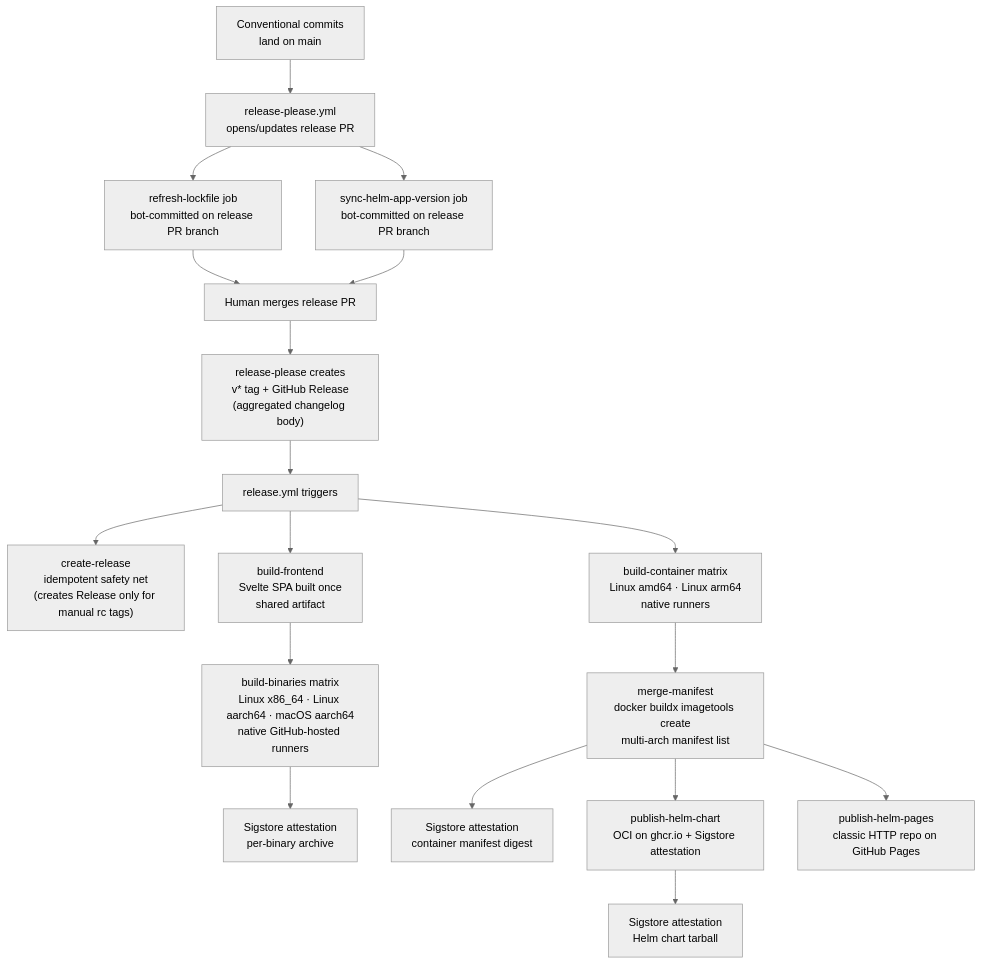
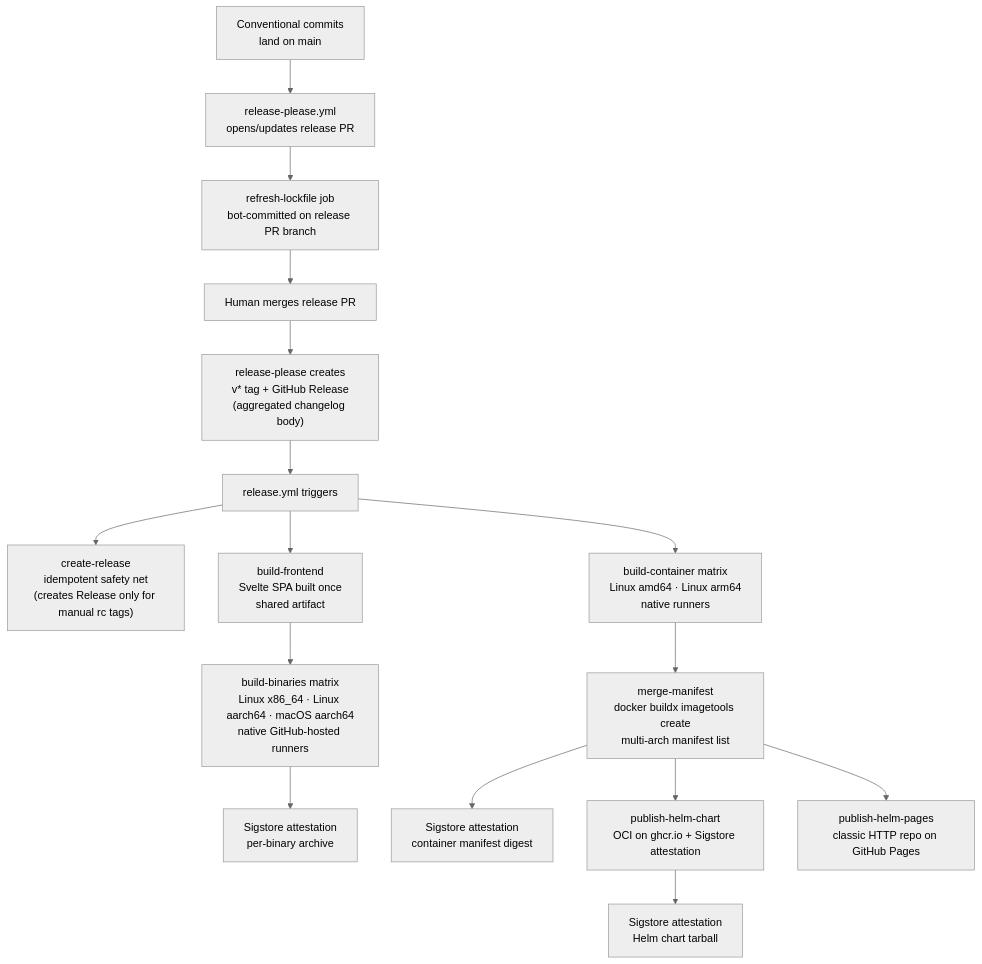
The diagram in docs/architecture/release-pipeline.md (bojanrajkovic/atc), drawn with Mermaid (neutral theme) before and after one commit. The commit also changed other lines of this file and 2 other files, not shown here.

First line of the commit message:
docs(release): document the single-product release model

````diff
--- a/docs/architecture/release-pipeline.md
+++ b/docs/architecture/release-pipeline.md
@@ -9,39 +9,36 @@
 ```mermaid
 flowchart TD
     commits["Conventional commits\nland on main"]
     rp["release-please.yml\nopens/updates release PR"]
     lockfile["refresh-lockfile job\nbot-committed on release PR branch"]
-    appver["sync-helm-app-version job\nbot-committed on release PR branch"]
     merge["Human merges release PR"]
     tag["release-please creates\nv* tag + GitHub Release\n(aggregated changelog body)"]
     release["release.yml triggers"]
 
     frontend["build-frontend\nSvelte SPA built once\nshared artifact"]
     binaries["build-binaries matrix\nLinux x86_64 · Linux aarch64 · macOS aarch64\nnative GitHub-hosted runners"]
     containers["build-container matrix\nLinux amd64 · Linux arm64\nnative runners"]
     manifest["merge-manifest\ndocker buildx imagetools create\nmulti-arch manifest list"]
     github_release["create-release\nidempotent safety net\n(creates Release only for manual rc tags)"]
     helm_oci["publish-helm-chart\nOCI on ghcr.io + Sigstore attestation"]
     helm_pages["publish-helm-pages\nclassic HTTP repo on GitHub Pages"]
     attest_bin["Sigstore attestation\nper-binary archive"]
     attest_manifest["Sigstore attestation\ncontainer manifest digest"]
     attest_chart["Sigstore attestation\nHelm chart tarball"]
 
     commits --> rp
     rp --> lockfile
-    rp --> appver
     lockfile --> merge
-    appver --> merge
     merge --> tag
     tag --> release
     release --> github_release
     release --> frontend
     frontend --> binaries
     binaries --> attest_bin
     release --> containers
     containers --> manifest
     manifest --> attest_manifest
     manifest --> helm_oci
     manifest --> helm_pages
     helm_oci --> attest_chart
 ```
````
